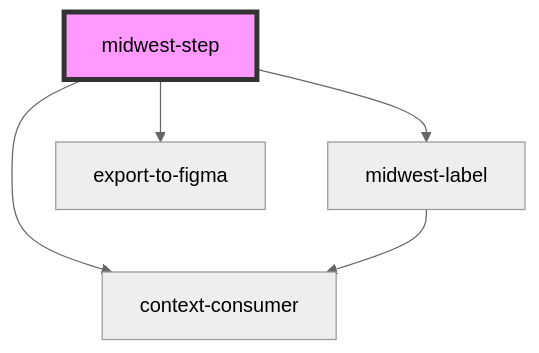
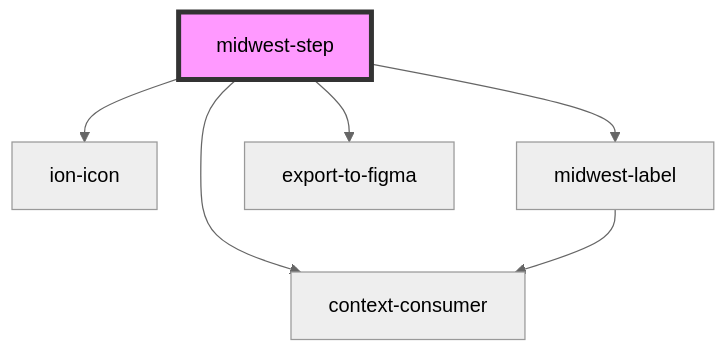
The diagram in packages/core/docs/components/common/step/readme.md (splitinfinities/Midwest), drawn with Mermaid (neutral theme) before and after one commit. The commit also changed other lines of this file and 388 other files, not shown here.

````diff
--- a/packages/core/docs/components/common/step/readme.md
+++ b/packages/core/docs/components/common/step/readme.md
@@ -77,8 +78,9 @@
 ```mermaid
 graph TD;
+  midwest-step --> ion-icon
   midwest-step --> midwest-label
   midwest-step --> export-to-figma
   midwest-step --> context-consumer
   midwest-label --> context-consumer
   style midwest-step fill:#f9f,stroke:#333,stroke-width:4px
 ```
````
